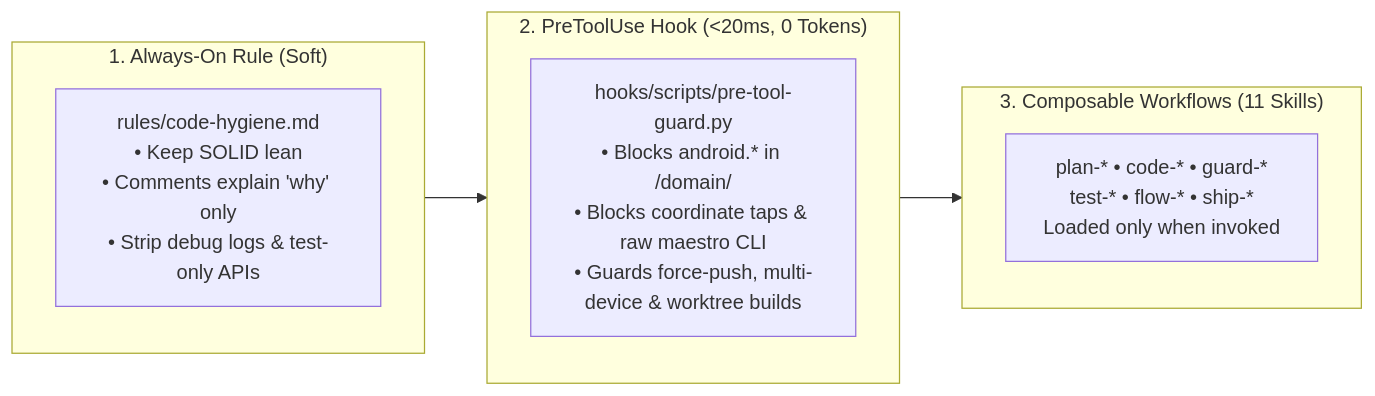
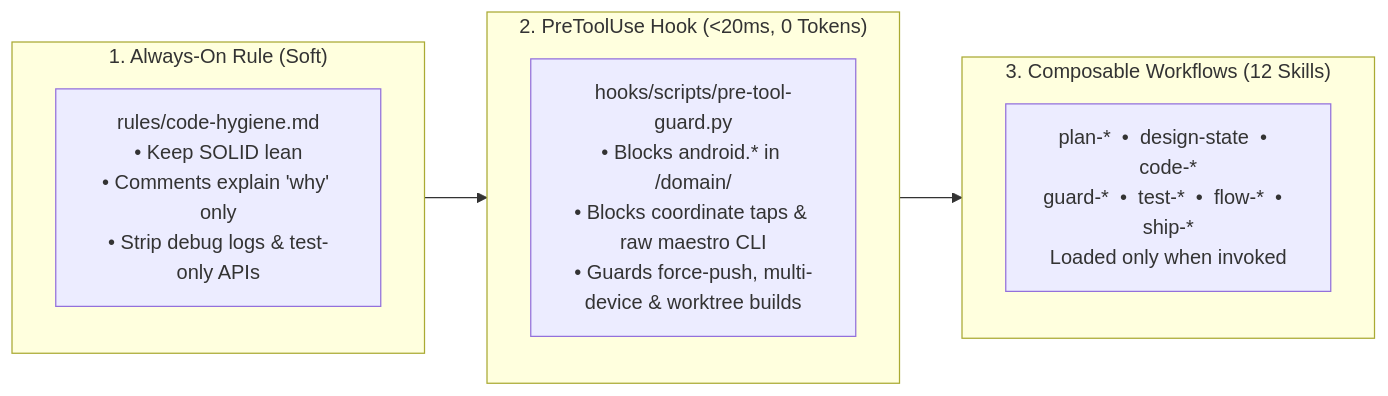
One commit to yukido0205/android-agentic-sdlc changed the diagram in README.md. Above: the diagram before and after it, drawn with Mermaid. The commit also changed other lines of this file and 14 other files, not shown here.

Commit message:
feat(skills): add /design-state statechart modeling skill and static validator

````diff
--- a/README.md
+++ b/README.md
@@ -46,16 +47,16 @@
 ```mermaid
 flowchart LR
     subgraph L1["1. Always-On Rule (Soft)"]
         R["rules/code-hygiene.md<br/>• Keep SOLID lean<br/>• Comments explain 'why' only<br/>• Strip debug logs & test-only APIs"]
     end
 
     subgraph L2["2. PreToolUse Hook (<20ms, 0 Tokens)"]
         H["hooks/scripts/pre-tool-guard.py<br/>• Blocks android.* in /domain/<br/>• Blocks coordinate taps & raw maestro CLI<br/>• Guards force-push, multi-device & worktree builds"]
     end
 
-    subgraph L3["3. Composable Workflows (11 Skills)"]
-        S["plan-*  •  code-*  •  guard-*<br/>test-*  •  flow-*  •  ship-*<br/>Loaded only when invoked"]
+    subgraph L3["3. Composable Workflows (12 Skills)"]
+        S["plan-*  •  design-state  •  code-*<br/>guard-*  •  test-*  •  flow-*  •  ship-*<br/>Loaded only when invoked"]
     end
 
     L1 --> L2 --> L3
 ```
````
